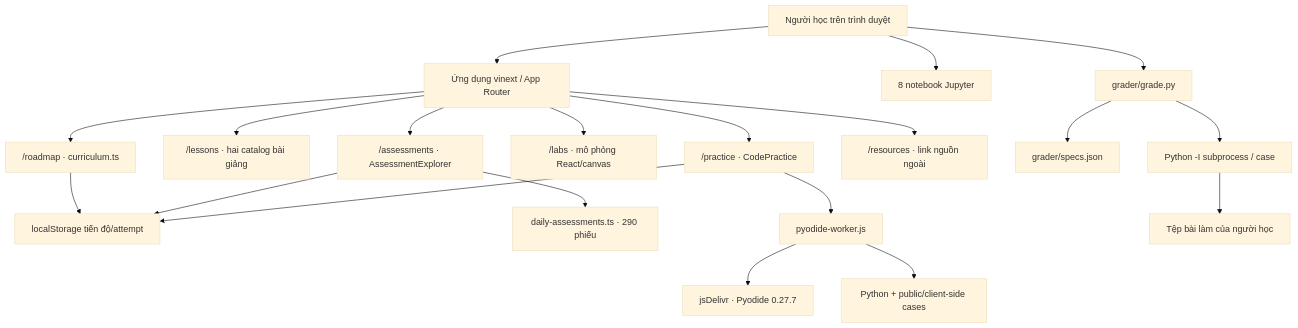
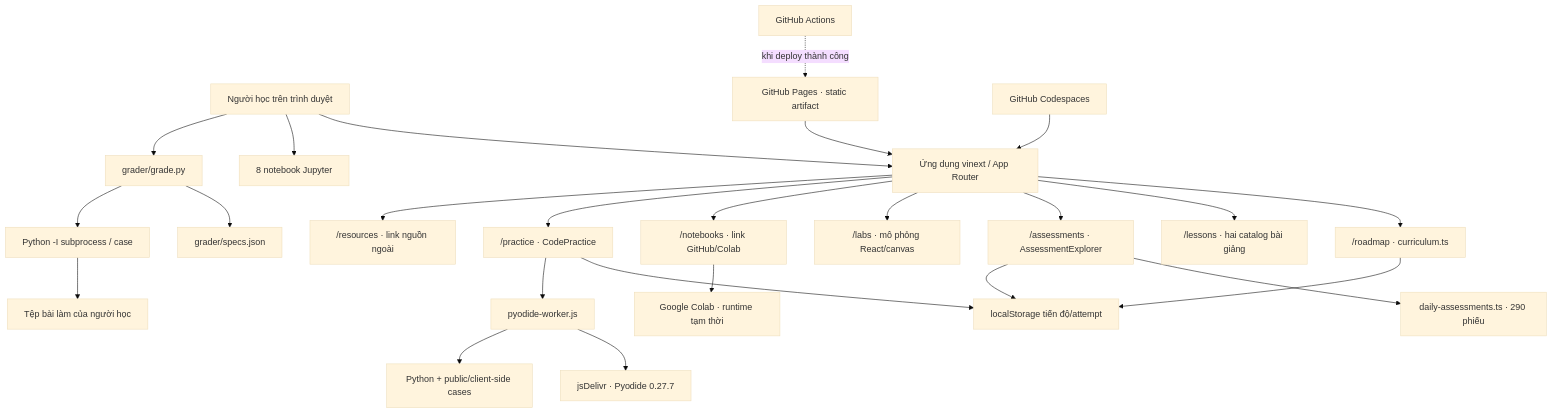
One commit to ThanhBC1234/VOAI changed the diagram in docs/KIEN_TRUC_HE_THONG.md. Above: the diagram before and after it, drawn with Mermaid (base theme). The commit also changed other lines of this file and 55 other files, not shown here.

Commit message:
Prepare VOAI Lab for GitHub learning

````diff
--- a/docs/KIEN_TRUC_HE_THONG.md
+++ b/docs/KIEN_TRUC_HE_THONG.md
@@ -10,22 +10,27 @@
 ```mermaid
 flowchart TD
     U["Người học trên trình duyệt"] --> V["Ứng dụng vinext / App Router"]
     V --> R["/roadmap · curriculum.ts"]
     V --> L["/lessons · hai catalog bài giảng"]
     V --> A["/assessments · AssessmentExplorer"]
     V --> B["/labs · mô phỏng React/canvas"]
+    V --> NB["/notebooks · link GitHub/Colab"]
     V --> P["/practice · CodePractice"]
     V --> X["/resources · link nguồn ngoài"]
     R --> LS["localStorage tiến độ/attempt"]
     A --> DA["daily-assessments.ts · 290 phiếu"]
     A --> LS
     P --> LS
     P --> W["pyodide-worker.js"]
     W --> CDN["jsDelivr · Pyodide 0.27.7"]
     W --> PR["Python + public/client-side cases"]
+    NB --> COLAB["Google Colab · runtime tạm thời"]
     U --> N["8 notebook Jupyter"]
     U --> C["grader/grade.py"]
     C --> S["grader/specs.json"]
     C --> SP["Python -I subprocess / case"]
     SP --> SUB["Tệp bài làm của người học"]
+    GA["GitHub Actions"] -. khi deploy thành công .-> GP["GitHub Pages · static artifact"]
+    GP --> V
+    CS["GitHub Codespaces"] --> V
 ```
````
